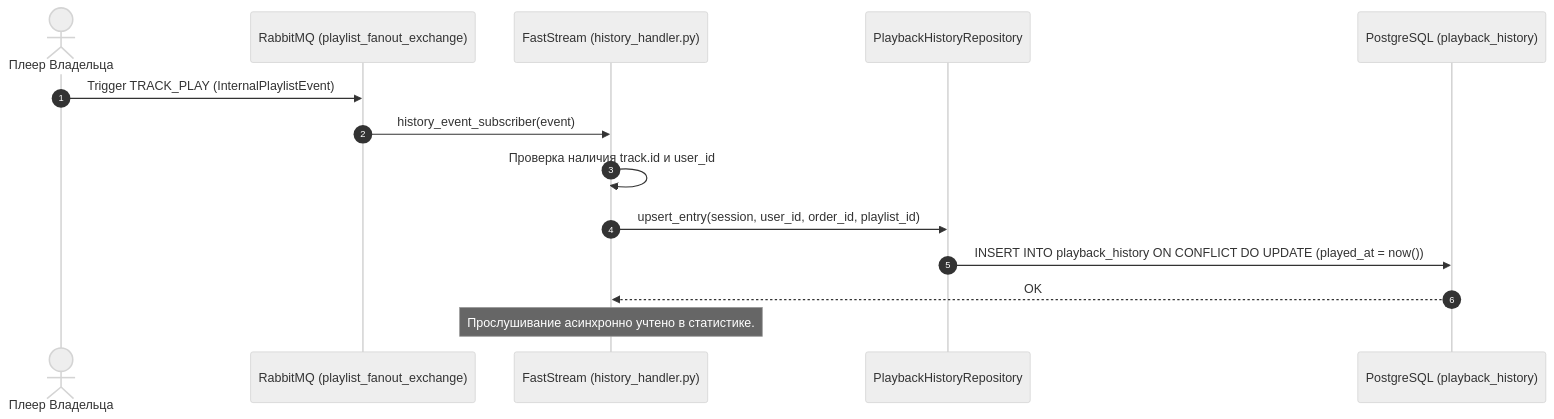
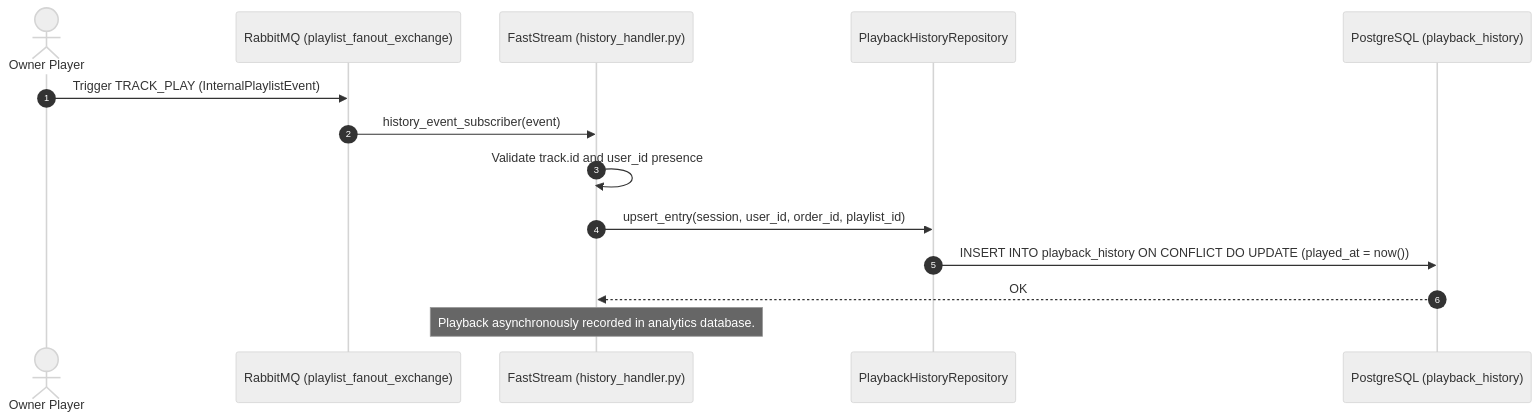
Before and after one commit to DustGalaxy/openplaylist-mono: the second of 4 diagrams in docs/core/history_stats.md, drawn with Mermaid (neutral theme). The commit also changed other lines of this file and 21 other files, not shown here.

Commit message:
docs: translate technical architecture and component guides to English

````diff
--- a/docs/core/history_stats.md
+++ b/docs/core/history_stats.md
@@ -83,18 +83,18 @@
 ```mermaid
 sequenceDiagram
     autonumber
-    actor Player as Плеер Владельца
+    actor Player as Owner Player
     participant Rabbit as RabbitMQ (playlist_fanout_exchange)
     participant Worker as FastStream (history_handler.py)
     participant Repo as PlaybackHistoryRepository
     participant DB as PostgreSQL (playback_history)
 
     Player->>Rabbit: Trigger TRACK_PLAY (InternalPlaylistEvent)
     Rabbit->>Worker: history_event_subscriber(event)
-    Worker->>Worker: Проверка наличия track.id и user_id
+    Worker->>Worker: Validate track.id and user_id presence
     
     Worker->>Repo: upsert_entry(session, user_id, order_id, playlist_id)
     Repo->>DB: INSERT INTO playback_history ON CONFLICT DO UPDATE (played_at = now())
     DB-->>Worker: OK
-    Note over Worker: Прослушивание асинхронно учтено в статистике.
+    Note over Worker: Playback asynchronously recorded in analytics database.
 ```
````
